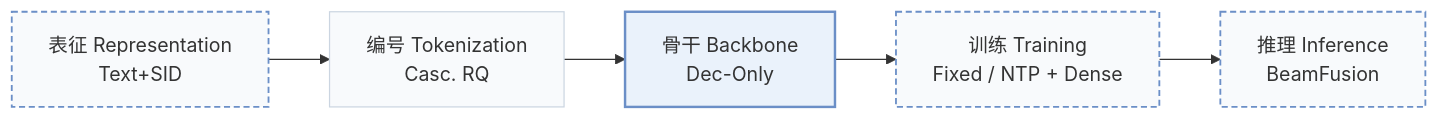
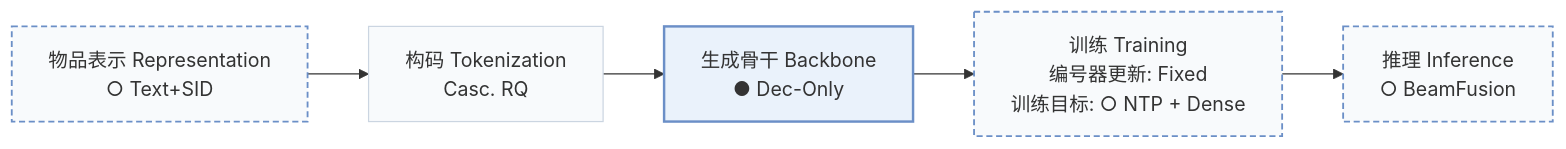
One commit to Galaxy-ghost/Awesome-SID-Generative-Rec changed the first of 2 diagrams in pages/zh/papers/cobra.md. Above: the diagram before and after it, drawn with Mermaid. The commit also changed other lines of this file and 558 other files, not shown here.

````diff
--- a/pages/zh/papers/cobra.md
+++ b/pages/zh/papers/cobra.md
@@ -15,10 +18,10 @@
 ```mermaid
 flowchart LR
-    R["表征 Representation<br/>Text+SID"] --> T["编号 Tokenization<br/>Casc. RQ"] --> B["骨干 Backbone<br/>Dec-Only"] --> TR["训练 Training<br/>Fixed / NTP + Dense"] --> I["推理 Inference<br/>BeamFusion"]
+    R["物品表示 Representation<br/>○ Text+SID"] --> T["构码 Tokenization<br/>Casc. RQ"] --> B["生成骨干 Backbone<br/>● Dec-Only"] --> TR["训练 Training<br/>编号器更新: Fixed<br/>训练目标: ○ NTP + Dense"] --> I["推理 Inference<br/>○ BeamFusion"]
     classDef base fill:#f8fafc,stroke:#cbd5e1
     class R,T,B,TR,I base
-    classDef also fill:#f8fafc,stroke:#6b8fc7,stroke-width:1.5px,stroke-dasharray:5 3
-    class R,TR,I also
+    classDef other fill:#f8fafc,stroke:#6b8fc7,stroke-width:1.5px,stroke-dasharray:5 3
+    class R,TR,I other
     classDef main fill:#eaf2fb,stroke:#6b8fc7,stroke-width:2px
     class B main
 ```
````
